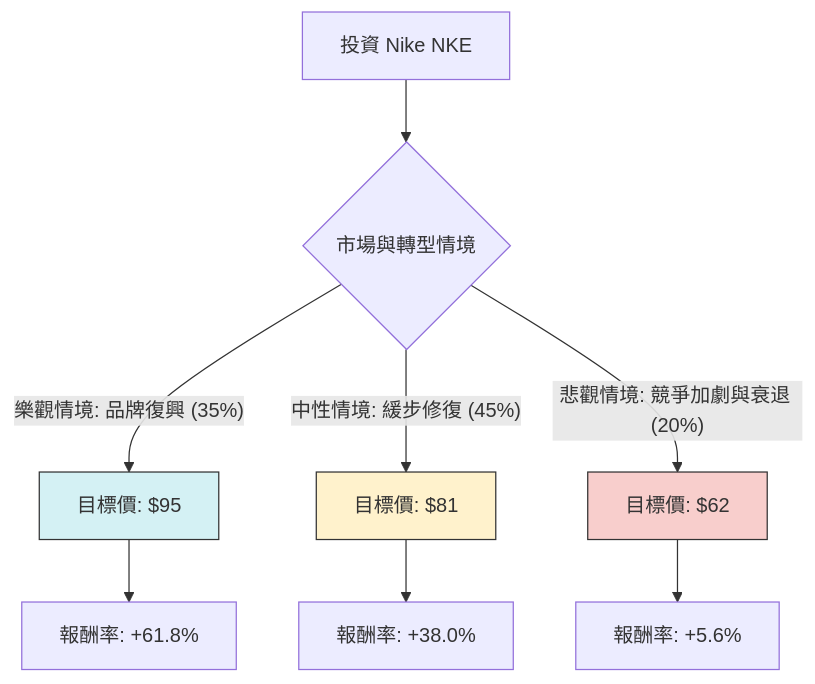
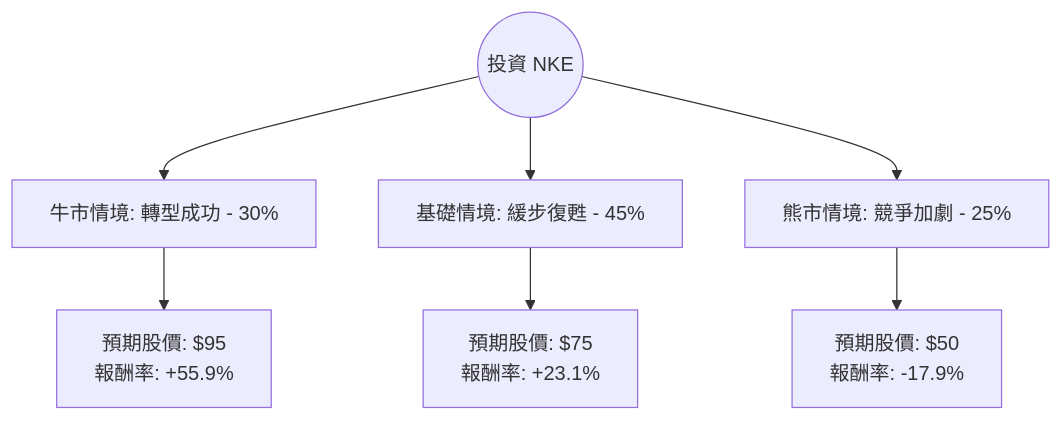
The diagram in plugin-react/ai-analysis/ev-analysis/NKE.md (zmcx16/zmcx16.github.io), drawn with Mermaid before and after one commit. The commit also changed other lines of this file and 83 other files, not shown here.

````diff
--- a/plugin-react/ai-analysis/ev-analysis/NKE.md
+++ b/plugin-react/ai-analysis/ev-analysis/NKE.md
@@ -19,16 +21,10 @@
 ```mermaid
 graph TD
-    A[投資 Nike NKE] --> B{市場與轉型情境}
-    
-    B -- 樂觀情境: 品牌復興 (35%) --> C[目標價: $95]
-    B -- 中性情境: 緩步修復 (45%) --> D[目標價: $81]
-    B -- 悲觀情境: 競爭加劇與衰退 (20%) --> E[目標價: $62]
+    Start((投資 NKE)) --> Bull[牛市情境: 轉型成功 - 30%]
+    Start --> Base[基礎情境: 緩步復甦 - 45%]
+    Start --> Bear[熊市情境: 競爭加劇 - 25%]
 
-    C --> C1[報酬率: +61.8%]
-    D --> D1[報酬率: +38.0%]
-    E --> E1[報酬率: +5.6%]
-    
-    style C fill:#d4f1f4,stroke:#333
-    style D fill:#fff2cc,stroke:#333
-    style E fill:#f8cecc,stroke:#333
+    Bull --> Bull_EV[預期股價: $95 <br> 報酬率: +55.9%]
+    Base --> Base_EV[預期股價: $75 <br> 報酬率: +23.1%]
+    Bear --> Bear_EV[預期股價: $50 <br> 報酬率: -17.9%]
 ```
````
